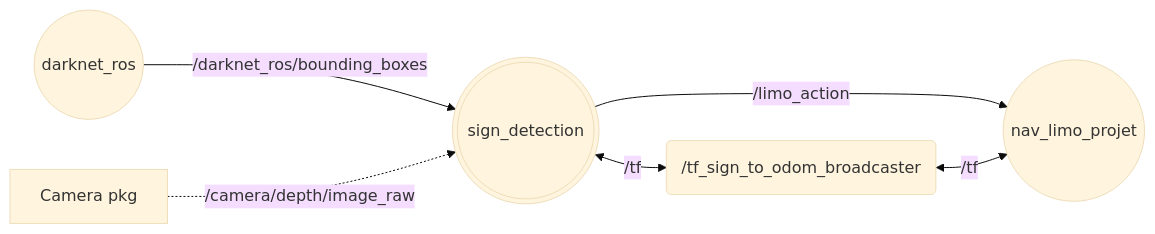
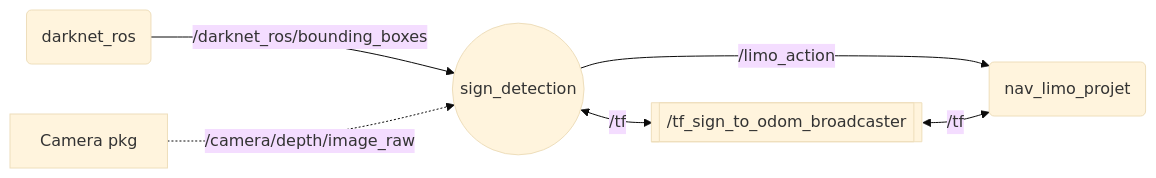
Before and after one commit to idwessough/autonomous-driving: the third of 5 diagrams in README.md, drawn with Mermaid (base theme). The commit also changed other lines of this file, not shown here.

````diff
--- a/README.md
+++ b/README.md
@@ -104,10 +104,10 @@
 ```mermaid
 graph LR
-    T1((darknet_ros)) -- /darknet_ros/bounding_boxes --> Node(((sign_detection)))
-    S1[Camera pkg] -. /camera/depth/image_raw .-> Node(((sign_detection)))
+    T1(darknet_ros) -- /darknet_ros/bounding_boxes --> Node((sign_detection))
+    S1[Camera pkg] -. /camera/depth/image_raw .-> Node((sign_detection))
 
-    Node -- /limo_action -->D((nav_limo_projet))
-    Node <-- /tf -->TF(/tf_sign_to_odom_broadcaster)
+    Node -- /limo_action -->D(nav_limo_projet)
+    Node <-- /tf --> TF[[/tf_sign_to_odom_broadcaster]]
 
     TF <-- /tf --> D
 ```
````
